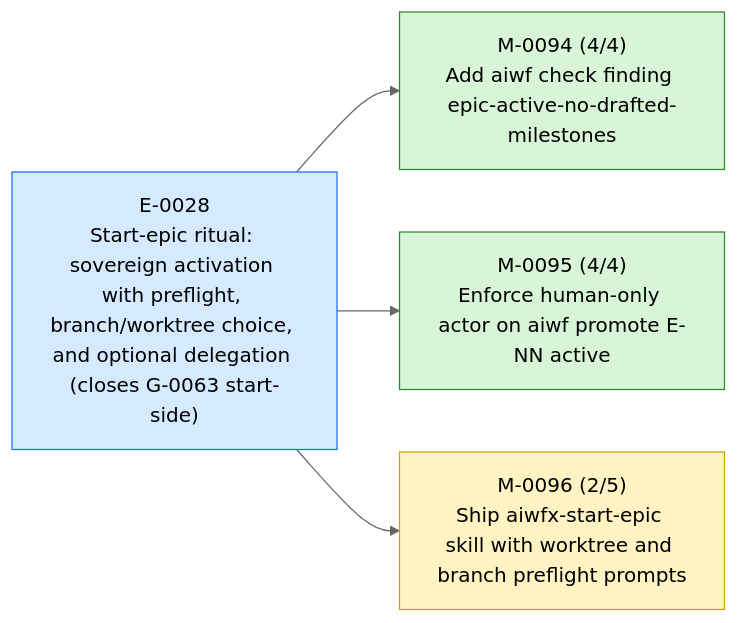
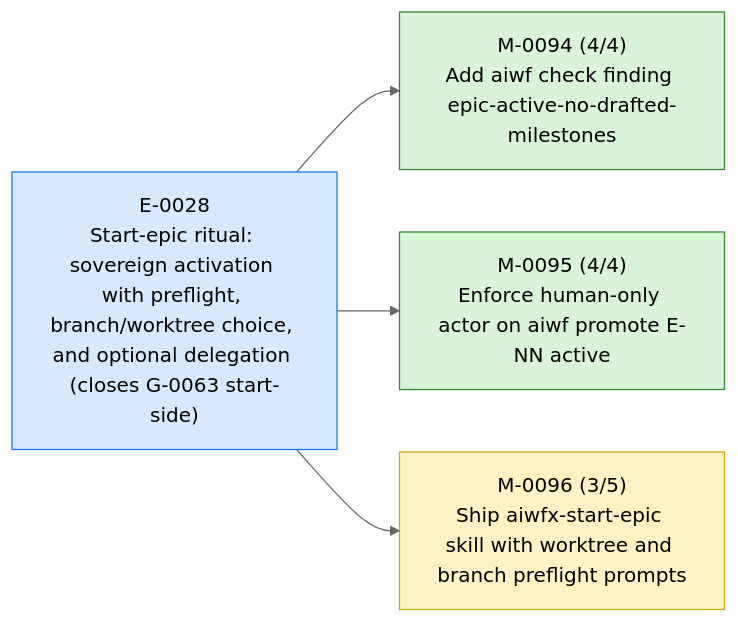
The first of 3 diagrams in STATUS.md (23min/aiwf), drawn with Mermaid (neutral theme) before and after one commit. The commit also changed other lines of this file and 1 other file, not shown here.

````diff
--- a/STATUS.md
+++ b/STATUS.md
@@ -15,16 +15,16 @@
 ```mermaid
 flowchart LR
   E_0028["E-0028<br/>Start-epic ritual: sovereign activation with preflight, branch/worktree choice, and optional delegation (closes G-0063 start-side)"]:::epic_active
   M_0094["M-0094 (4/4)<br/>Add aiwf check finding epic-active-no-drafted-milestones"]:::ms_done
   E_0028 --> M_0094
   M_0095["M-0095 (4/4)<br/>Enforce human-only actor on aiwf promote E-NN active"]:::ms_done
   E_0028 --> M_0095
-  M_0096["M-0096 (2/5)<br/>Ship aiwfx-start-epic skill with worktree and branch preflight prompts"]:::ms_in_progress
+  M_0096["M-0096 (3/5)<br/>Ship aiwfx-start-epic skill with worktree and branch preflight prompts"]:::ms_in_progress
   E_0028 --> M_0096
   classDef epic_active fill:#d6eaff,stroke:#1a73e8,color:#000
   classDef epic_proposed fill:#f4f4f4,stroke:#888,color:#000
   classDef ms_done fill:#d8f5d8,stroke:#2a8a2a,color:#000
   classDef ms_in_progress fill:#fff3c4,stroke:#caa400,color:#000
   classDef ms_draft fill:#f4f4f4,stroke:#888,color:#000
   classDef ms_cancelled fill:#fbeaea,stroke:#c33,color:#000
 ```
````
